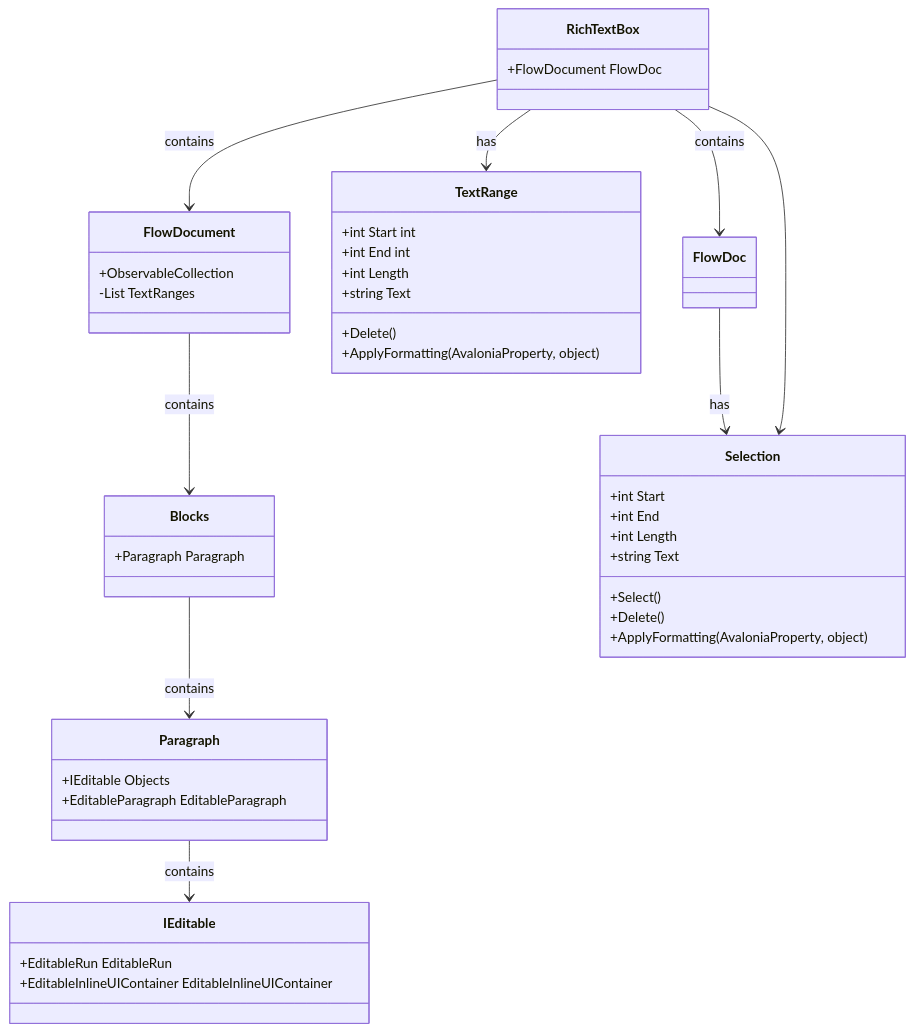
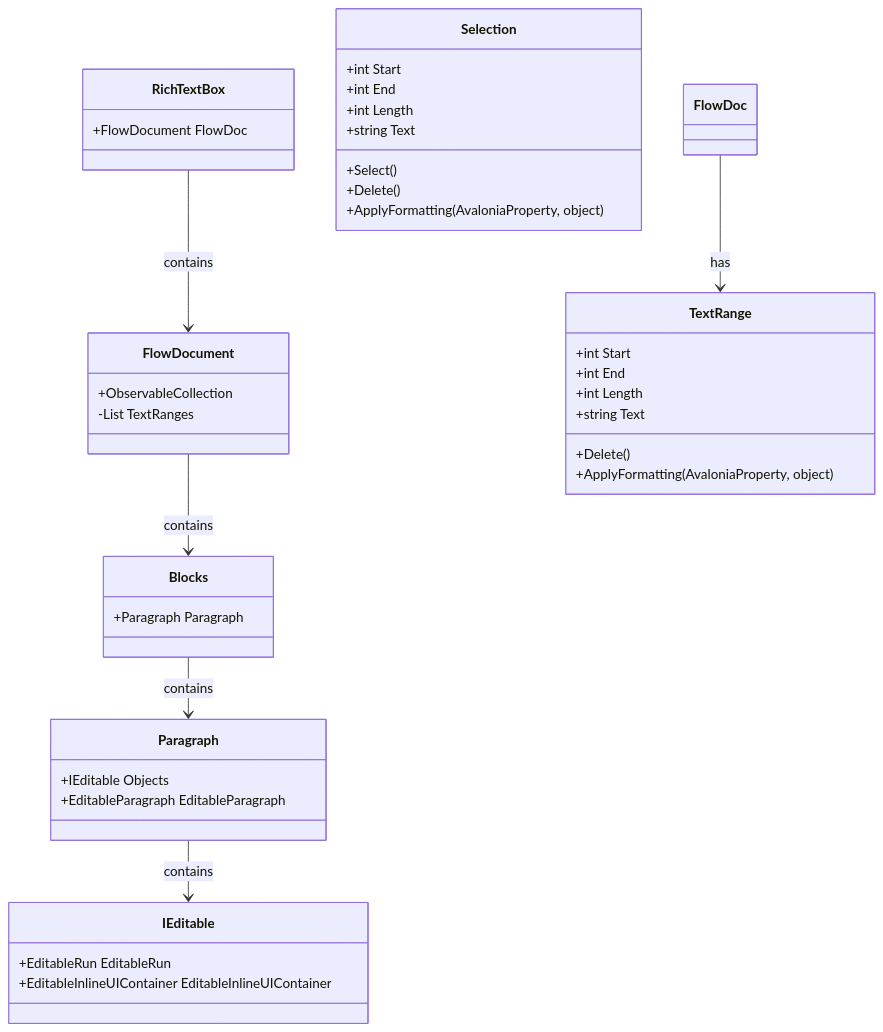
One commit to cuikp/AvRichTextBox changed the diagram in README.md. Above: the diagram before and after it, drawn with Mermaid.

Commit message:
Update project files

````diff
--- a/README.md
+++ b/README.md
@@ -13,47 +13,45 @@
 ```mermaid
 classDiagram
     class RichTextBox{
         +FlowDocument FlowDoc
     }
     class FlowDocument{
         +ObservableCollection<Blocks>
         -List<TextRange> TextRanges
     }
     class Blocks{
         +Paragraph Paragraph
     }
     class Paragraph{
         +IEditable Objects
         +EditableParagraph EditableParagraph
     }
     class IEditable{
         +EditableRun EditableRun
         +EditableInlineUIContainer EditableInlineUIContainer
     }
     class Selection{
         +int Start
         +int End
         +int Length
         +Select()
         +Delete()
         +string Text
         +ApplyFormatting(AvaloniaProperty, object)
     }
     class TextRange{
-        +int Start int
-        +int End int
+        +int Start
+        +int End
         +int Length
         +Delete()
         +string Text
         +ApplyFormatting(AvaloniaProperty, object)
     }
+
     RichTextBox --> FlowDocument : contains
     FlowDocument --> Blocks : contains
     Blocks --> Paragraph : contains
     Paragraph --> IEditable : contains
-    FlowDoc--> Selection : has
-    RichTextBox --> TextRange : has
-    RichTextBox --> Selection
-    RichTextBox --> FlowDoc : contains
-
+    FlowDoc --> TextRange : has
+    
 ```
````
